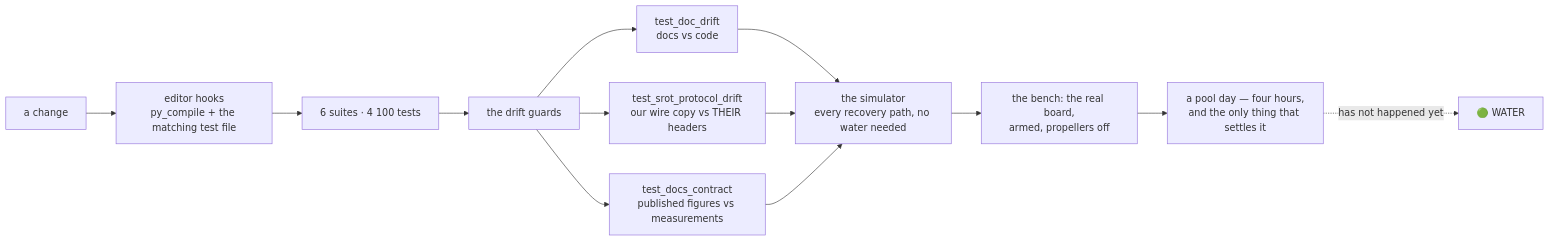
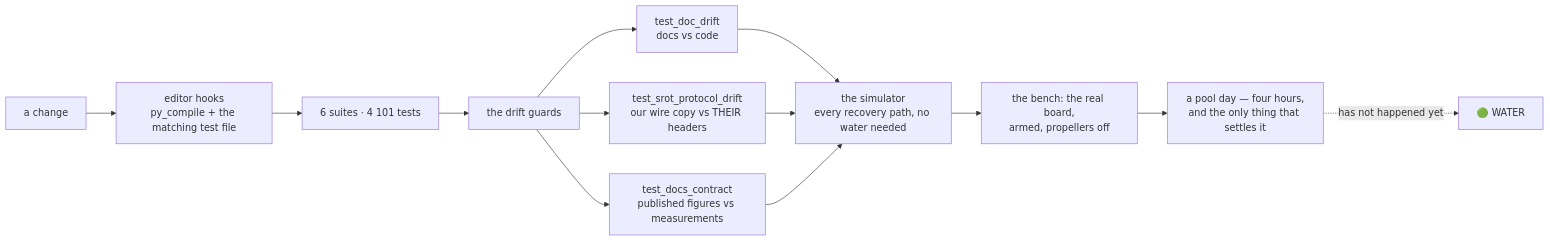
The ninth of 10 diagrams in README.md (fh1m/mongla_ws), drawn with Mermaid before and after one commit. The commit also changed other lines of this file and 7 other files, not shown here.

````diff
--- a/README.md
+++ b/README.md
@@ -752,15 +752,15 @@
 ```mermaid
 flowchart LR
     DEV["a change"] --> HOOK["editor hooks<br/>py_compile + the matching test file"]
-    HOOK --> UNIT["6 suites · 4 100 tests"]
+    HOOK --> UNIT["6 suites · 4 101 tests"]
     UNIT --> GUARD["the drift guards"]
     GUARD --> G1["test_doc_drift<br/>docs vs code"]
     GUARD --> G2["test_srot_protocol_drift<br/>our wire copy vs THEIR headers"]
     GUARD --> G3["test_docs_contract<br/>published figures vs measurements"]
     G1 --> SIM["the simulator<br/>every recovery path, no water needed"]
     G2 --> SIM
     G3 --> SIM
     SIM --> BENCH["the bench: the real board,<br/>armed, propellers off"]
     BENCH --> POOL["a pool day — four hours,<br/>and the only thing that settles it"]
     POOL -.->|"has not happened yet"| WATER["🟢 WATER"]
 ```
````
